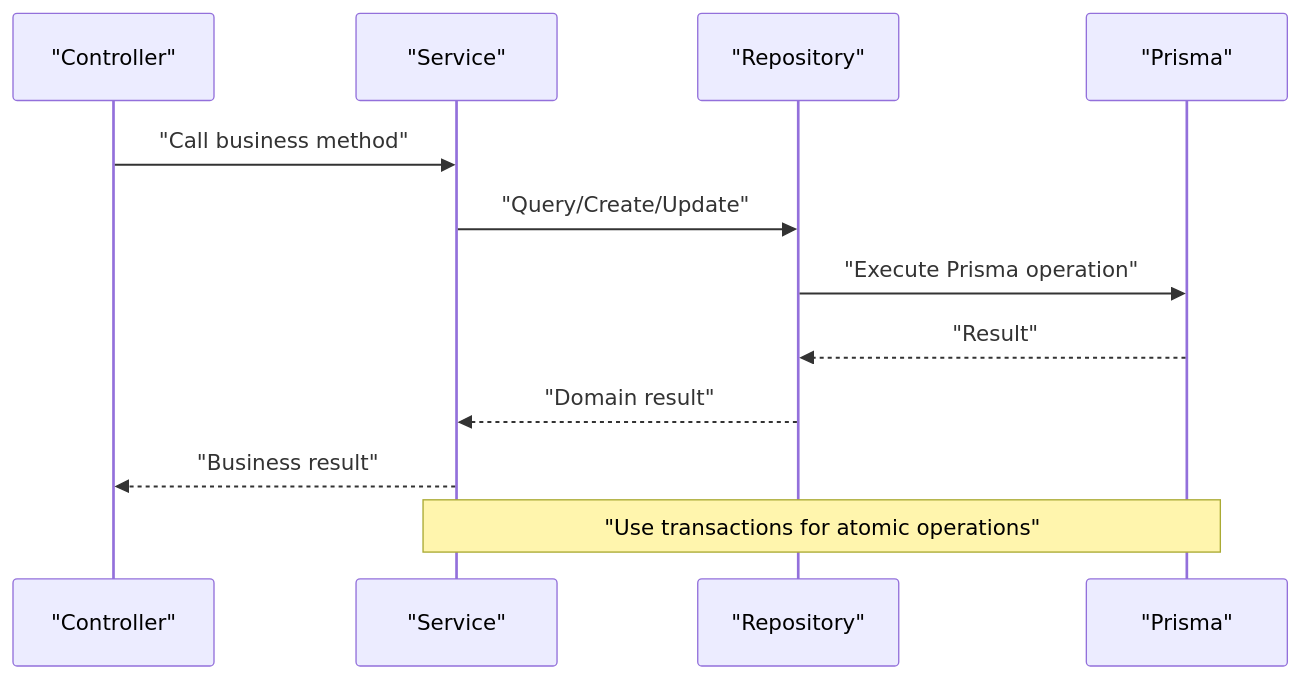
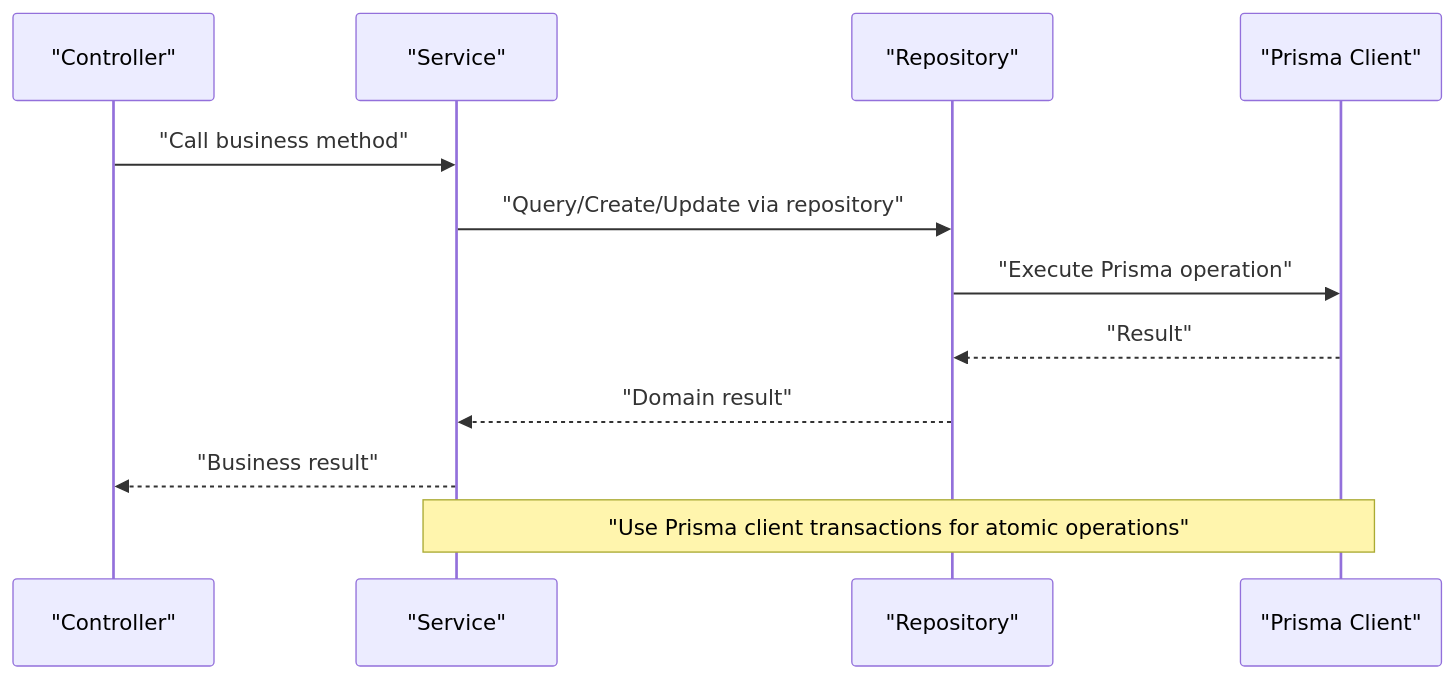
Before and after one commit to nguyencongtrung2001/Do-An: the second of 8 diagrams in .qoder/repowiki/en/content/Backend Architecture/Service Layer.md, drawn with Mermaid. The commit also changed other lines of this file and 12 other files, not shown here.

````diff
--- a/.qoder/repowiki/en/content/Backend Architecture/Service Layer.md
+++ b/.qoder/repowiki/en/content/Backend Architecture/Service Layer.md
@@ -174,14 +185,14 @@
 ```mermaid
 sequenceDiagram
 participant C as "Controller"
 participant S as "Service"
 participant R as "Repository"
-participant P as "Prisma"
+participant P as "Prisma Client"
 C->>S : "Call business method"
-S->>R : "Query/Create/Update"
+S->>R : "Query/Create/Update via repository"
 R->>P : "Execute Prisma operation"
 P-->>R : "Result"
 R-->>S : "Domain result"
 S-->>C : "Business result"
-Note over S,P : "Use transactions for atomic operations"
+Note over S,P : "Use Prisma client transactions for atomic operations"
 ```
````
